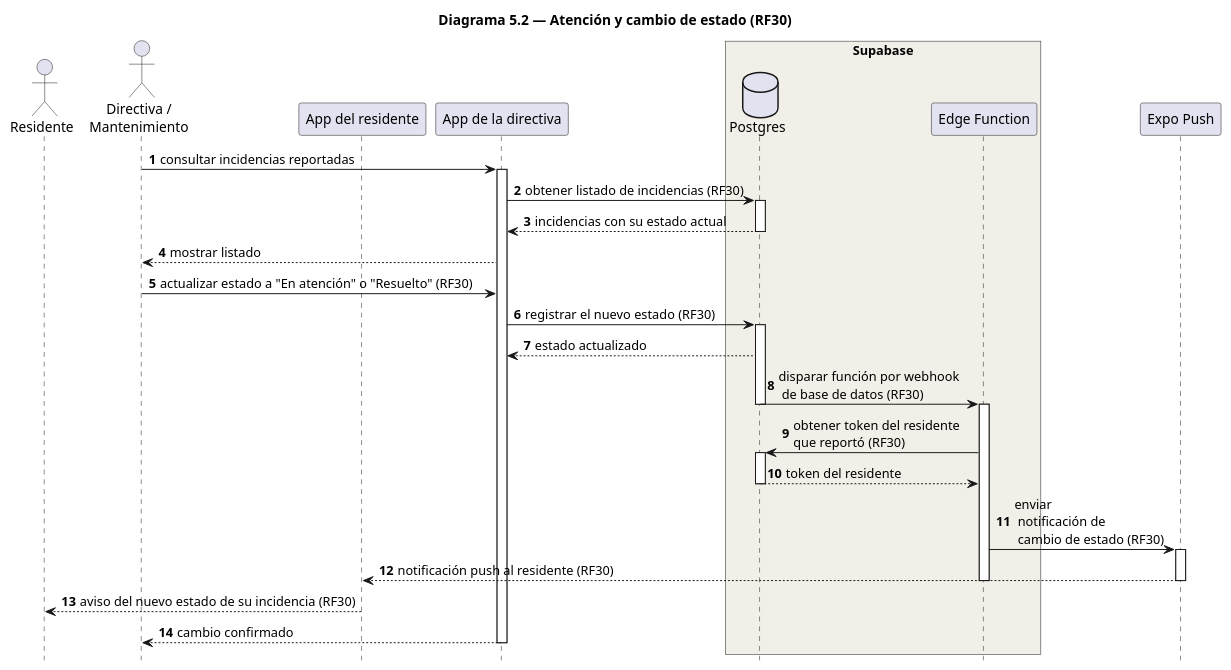
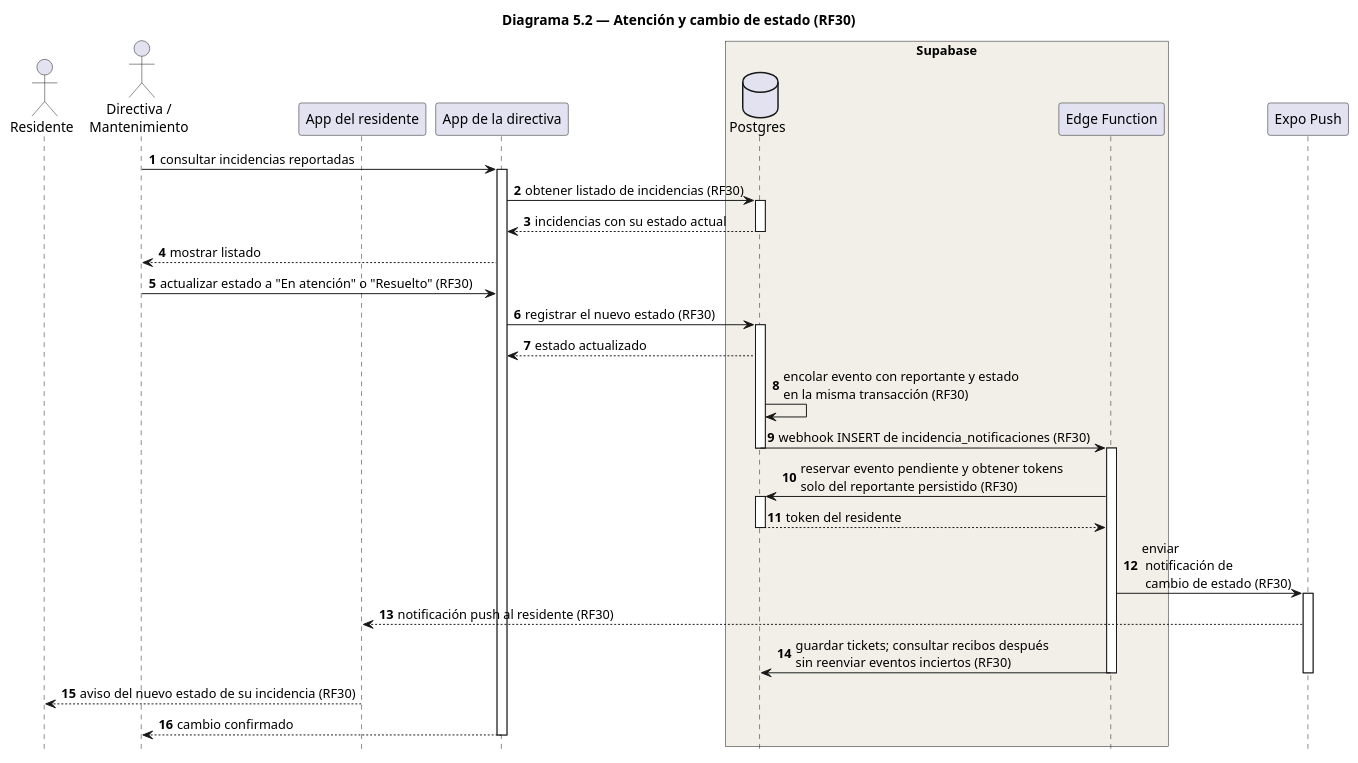
One commit to liusamfung/neighborgood-project changed the diagram in docs/Arquitectura/secuencia/diagrama5_2_atencionCambioEstado.puml. Above: the diagram before and after it, drawn with PlantUML. The commit also changed 8 other files, not shown here.

```diff
--- a/docs/Arquitectura/secuencia/diagrama5_2_atencionCambioEstado.puml
+++ b/docs/Arquitectura/secuencia/diagrama5_2_atencionCambioEstado.puml
@@ -1,46 +1,48 @@
 @startuml Diagrama5_2_AtencionCambioEstado
 title Diagrama 5.2 — Atención y cambio de estado (RF30)
 
 hide footbox
 autonumber
 
 actor "Residente" as RES
 actor "Directiva /\nMantenimiento" as ADM
 participant "App del residente" as APPR
 participant "App de la directiva" as APPA
 
 box "Supabase" #F1EFE8
     database "Postgres" as DB
     participant "Edge Function" as EF
 end box
 
 participant "Expo Push" as PUSH
 
 ADM -> APPA : consultar incidencias reportadas
 activate APPA
 APPA -> DB : obtener listado de incidencias (RF30)
 activate DB
 DB --> APPA : incidencias con su estado actual
 deactivate DB
 APPA --> ADM : mostrar listado
 
 ADM -> APPA : actualizar estado a "En atención" o "Resuelto" (RF30)
 APPA -> DB : registrar el nuevo estado (RF30)
 activate DB
 DB --> APPA : estado actualizado
-DB -> EF : disparar función por webhook \n de base de datos (RF30)
+DB -> DB : encolar evento con reportante y estado\nen la misma transacción (RF30)
+DB -> EF : webhook INSERT de incidencia_notificaciones (RF30)
 deactivate DB
 activate EF
-EF -> DB : obtener token del residente \nque reportó (RF30)
+EF -> DB : reservar evento pendiente y obtener tokens\nsolo del reportante persistido (RF30)
 activate DB
 DB --> EF : token del residente
 deactivate DB
 EF -> PUSH : enviar \n notificación de \n cambio de estado (RF30)
 activate PUSH
 PUSH --> APPR : notificación push al residente (RF30)
+EF -> DB : guardar tickets; consultar recibos después\nsin reenviar eventos inciertos (RF30)
 deactivate PUSH
 deactivate EF
 APPR --> RES : aviso del nuevo estado de su incidencia (RF30)
 APPA --> ADM : cambio confirmado
 deactivate APPA
 @enduml
```
